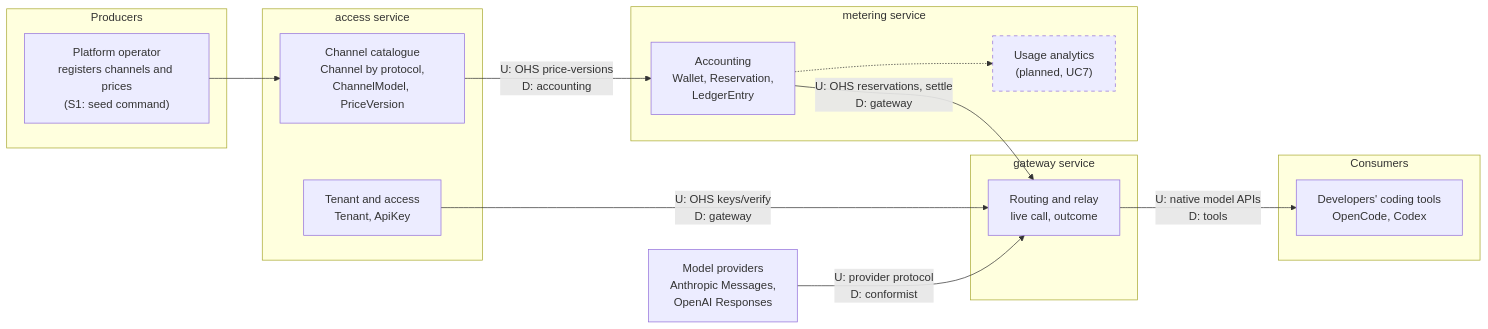
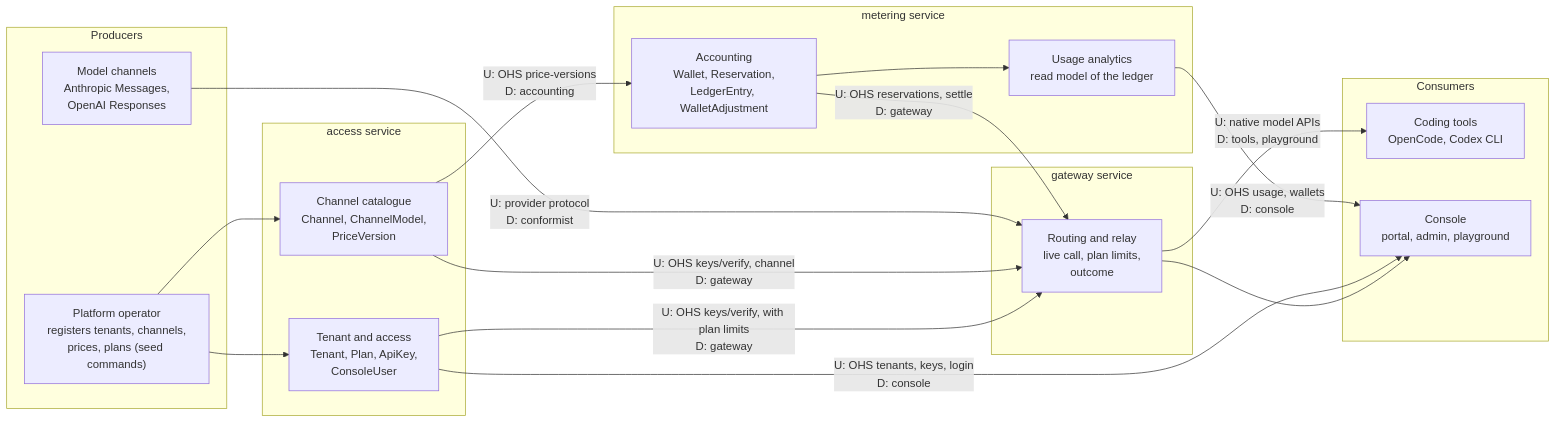
Before and after one commit to bibi45c/gateflow: the second of 14 diagrams in docs/diagrams/as-built.md, drawn with Mermaid. The commit also changed other lines of this file, not shown here.

````diff
--- a/docs/diagrams/as-built.md
+++ b/docs/diagrams/as-built.md
@@ -168,37 +213,39 @@
 ```mermaid
 flowchart LR
   subgraph prod["Producers"]
-    OP["Platform operator<br/>registers channels and prices<br/>(S1: seed command)"]
+    OP["Platform operator<br/>registers tenants, channels,<br/>prices, plans (seed commands)"]
+    EXT["Model channels<br/>Anthropic Messages,<br/>OpenAI Responses"]
   end
 
   subgraph accessSvc["access service"]
-    TA["Tenant and access<br/>Tenant, ApiKey"]
-    CC["Channel catalogue<br/>Channel by protocol,<br/>ChannelModel, PriceVersion"]
+    TA["Tenant and access<br/>Tenant, Plan, ApiKey,<br/>ConsoleUser"]
+    CC["Channel catalogue<br/>Channel, ChannelModel,<br/>PriceVersion"]
   end
 
   subgraph gatewaySvc["gateway service"]
-    RR["Routing and relay<br/>live call, outcome"]
+    RR["Routing and relay<br/>live call, plan limits,<br/>outcome"]
   end
 
   subgraph meteringSvc["metering service"]
-    AC["Accounting<br/>Wallet, Reservation,<br/>LedgerEntry"]
-    UA["Usage analytics<br/>(planned, UC7)"]
+    AC["Accounting<br/>Wallet, Reservation,<br/>LedgerEntry, WalletAdjustment"]
+    UA["Usage analytics<br/>read model of the ledger"]
   end
 
   subgraph cons["Consumers"]
-    DEV["Developers' coding tools<br/>OpenCode, Codex"]
+    DEV["Coding tools<br/>OpenCode, Codex CLI"]
+    CON["Console<br/>portal, admin, playground"]
   end
 
-  EXT["Model providers<br/>Anthropic Messages,<br/>OpenAI Responses"]
-
   OP --> CC
-  TA -->|"U: OHS keys/verify<br/>D: gateway"| RR
+  OP --> TA
+  TA -->|"U: OHS keys/verify, with plan limits<br/>D: gateway"| RR
+  CC -->|"U: OHS keys/verify, channel<br/>D: gateway"| RR
   CC -->|"U: OHS price-versions<br/>D: accounting"| AC
   AC -->|"U: OHS reservations, settle<br/>D: gateway"| RR
   EXT -->|"U: provider protocol<br/>D: conformist"| RR
-  RR -->|"U: native model APIs<br/>D: tools"| DEV
-  AC -.-> UA
-
-  classDef planned stroke-dasharray:5 5
-  class UA planned
+  RR -->|"U: native model APIs<br/>D: tools, playground"| DEV
+  RR --> CON
+  AC --> UA
+  TA -->|"U: OHS tenants, keys, login<br/>D: console"| CON
+  UA -->|"U: OHS usage, wallets<br/>D: console"| CON
 ```
````
